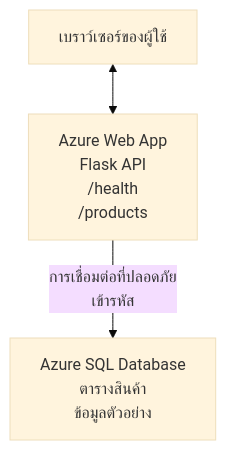
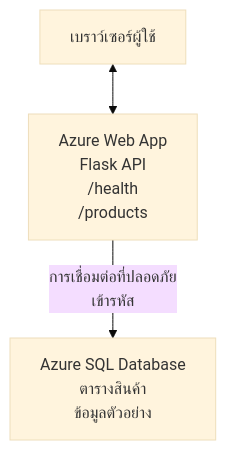
Before and after one commit to microsoft/AZD-for-beginners: the diagram in translations/th/examples/database-app/README.md, drawn with Mermaid (base theme). The commit also changed other lines of this file and 104 other files, not shown here.

````diff
--- a/translations/th/examples/database-app/README.md
+++ b/translations/th/examples/database-app/README.md
@@ -72,5 +72,5 @@
 ```mermaid
 graph TD
-    Browser[เบราว์เซอร์ของผู้ใช้] <--> WebApp[Azure Web App<br/>Flask API<br/>/health<br/>/products]
+    Browser[เบราว์เซอร์ผู้ใช้] <--> WebApp[Azure Web App<br/>Flask API<br/>/health<br/>/products]
     WebApp -- การเชื่อมต่อที่ปลอดภัย<br/>เข้ารหัส --> SQL[Azure SQL Database<br/>ตารางสินค้า<br/>ข้อมูลตัวอย่าง]
 ```
````
